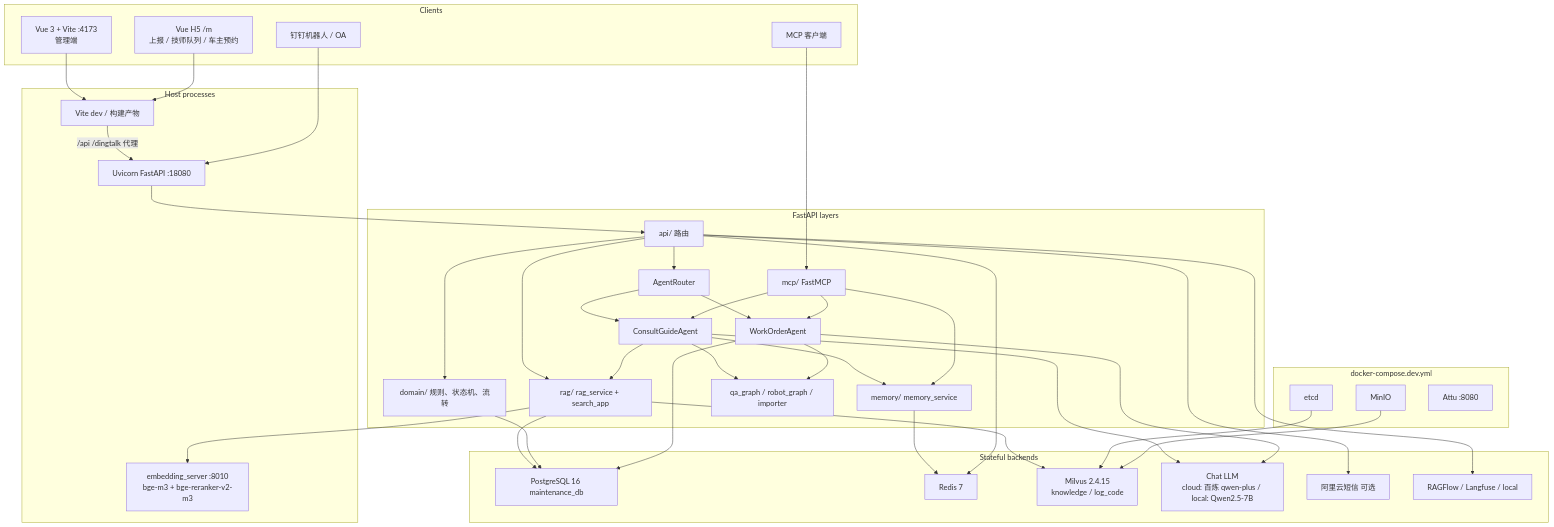
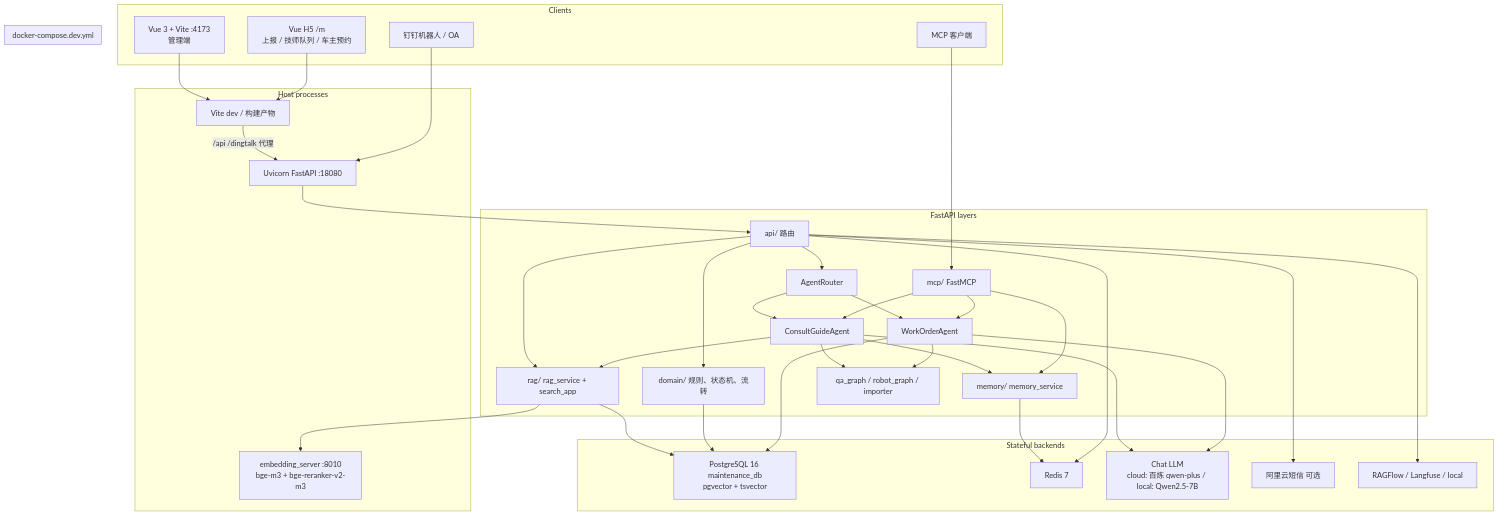
Before and after one commit to SHUN-EI/Car-Repair-System: the first of 10 diagrams in docs/ARCHITECTURE.md, drawn with Mermaid. The commit also changed other lines of this file and 34 other files, not shown here.

````diff
--- a/docs/ARCHITECTURE.md
+++ b/docs/ARCHITECTURE.md
@@ -42,77 +42,69 @@
 ```mermaid
 flowchart TB
     subgraph client [Clients]
         VuePC["Vue 3 + Vite :4173<br/>管理端"]
         VueM["Vue H5 /m<br/>上报 / 技师队列 / 车主预约"]
         DingTalk["钉钉机器人 / OA"]
         McpClient["MCP 客户端"]
     end
 
     subgraph host [Host processes]
         Vite["Vite dev / 构建产物"]
         Uvicorn["Uvicorn FastAPI :18080"]
         Emb["embedding_server :8010<br/>bge-m3 + bge-reranker-v2-m3"]
     end
 
     subgraph fastapi [FastAPI layers]
         API["api/ 路由"]
         Domain["domain/ 规则、状态机、流转"]
         Mem["memory/ memory_service"]
         RAG["rag/ rag_service + search_app"]
         Router["AgentRouter"]
         Consult["ConsultGuideAgent"]
         WOA["WorkOrderAgent"]
         Graphs["qa_graph / robot_graph / importer"]
         MCP["mcp/ FastMCP"]
     end
 
     subgraph stores [Stateful backends]
-        PG["PostgreSQL 16 maintenance_db"]
+        PG["PostgreSQL 16 maintenance_db<br/>pgvector + tsvector"]
         Redis["Redis 7"]
-        Milvus["Milvus 2.4.15<br/>knowledge / log_code"]
         ChatLLM["Chat LLM<br/>cloud: 百炼 qwen-plus / local: Qwen2.5-7B"]
         SMS["阿里云短信 可选"]
         Trace["RAGFlow / Langfuse / local"]
     end
 
     subgraph compose [docker-compose.dev.yml]
         PG
         Redis
-        Etcd["etcd"]
-        Minio["MinIO"]
-        Milvus
-        Attu["Attu :8080"]
     end
 
     VuePC --> Vite
     VueM --> Vite
     Vite -->|"/api /dingtalk 代理"| Uvicorn
     DingTalk --> Uvicorn
     McpClient --> MCP
     Uvicorn --> API
     API --> Domain
     API --> RAG
     API --> Router
     Router --> Consult
     Router --> WOA
     Consult --> Graphs
     Consult --> RAG
     Consult --> Mem
     WOA --> Graphs
     MCP --> Consult
     MCP --> WOA
     MCP --> Mem
     RAG --> Emb
-    RAG --> Milvus
     RAG --> PG
     Domain --> PG
     Mem --> Redis
     Consult --> ChatLLM
     WOA --> PG
     WOA --> ChatLLM
     API --> Redis
     API --> SMS
     API --> Trace
-    Etcd --> Milvus
-    Minio --> Milvus
 ```
````
